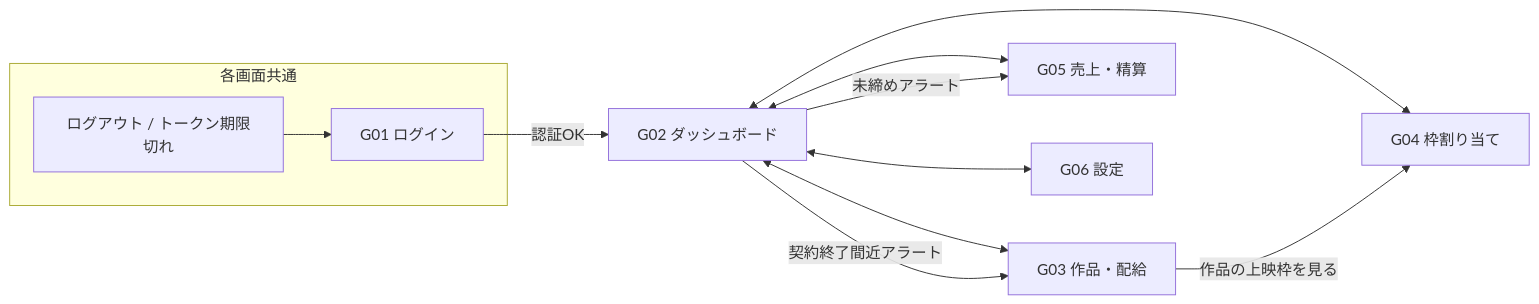
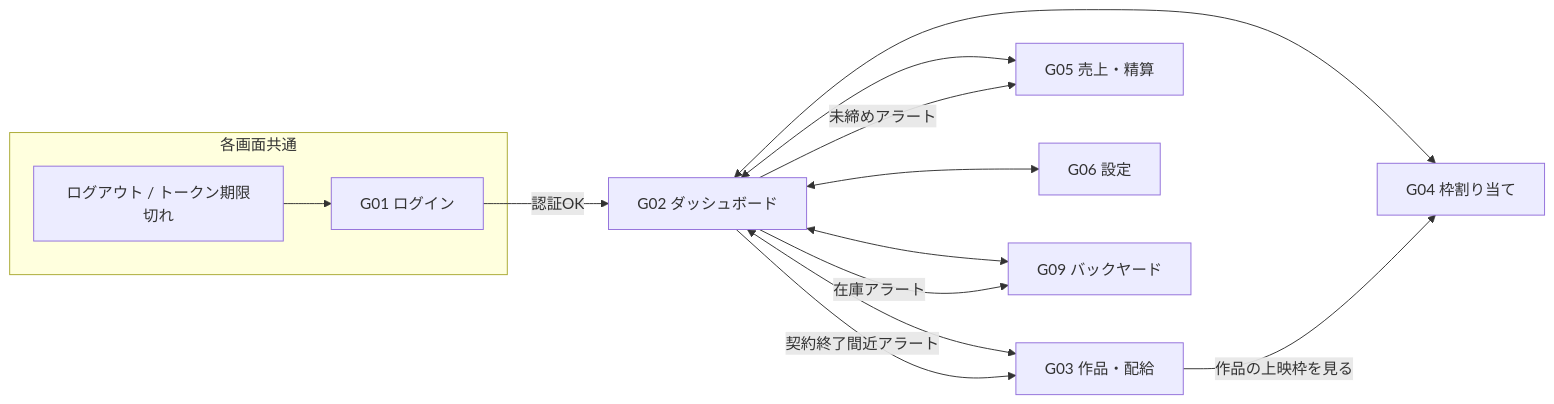
One commit to miyaarekkusu/halcinema changed the diagram in docs/admin/03_screen-design.md. Above: the diagram before and after it, drawn with Mermaid. The commit also changed other lines of this file and 16 other files, not shown here.

````diff
--- a/docs/admin/03_screen-design.md
+++ b/docs/admin/03_screen-design.md
@@ -12,14 +12,16 @@
 ```mermaid
 flowchart LR
   G01[G01 ログイン] -->|認証OK| G02[G02 ダッシュボード]
   G02 <--> G03[G03 作品・配給]
   G02 <--> G04[G04 枠割り当て]
   G02 <--> G05[G05 売上・精算]
   G02 <--> G06[G06 設定]
+  G02 <--> G09[G09 バックヤード]
+  G02 -->|在庫アラート| G09
   G02 -->|未締めアラート| G05
   G02 -->|契約終了間近アラート| G03
   G03 -->|作品の上映枠を見る| G04
   subgraph 各画面共通
     X[ログアウト / トークン期限切れ] --> G01
   end
 ```
````
